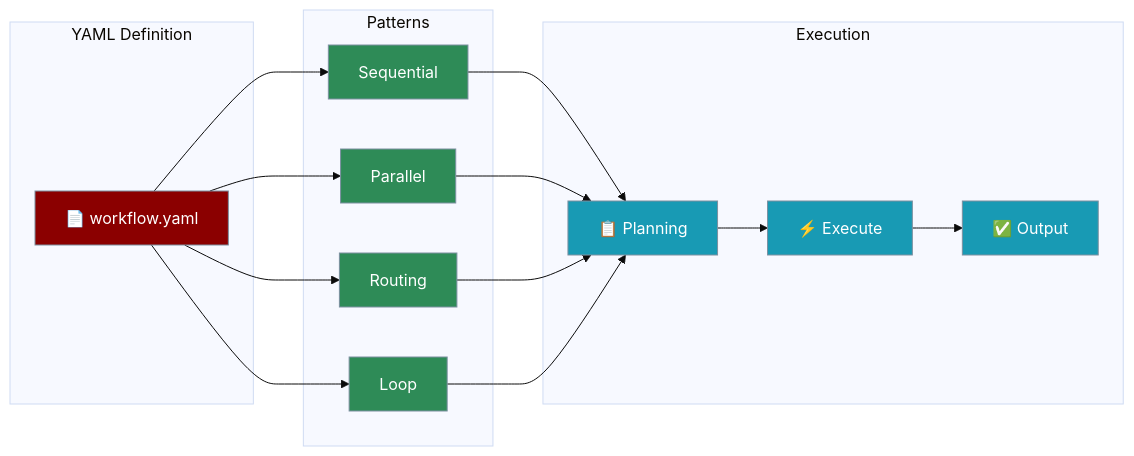
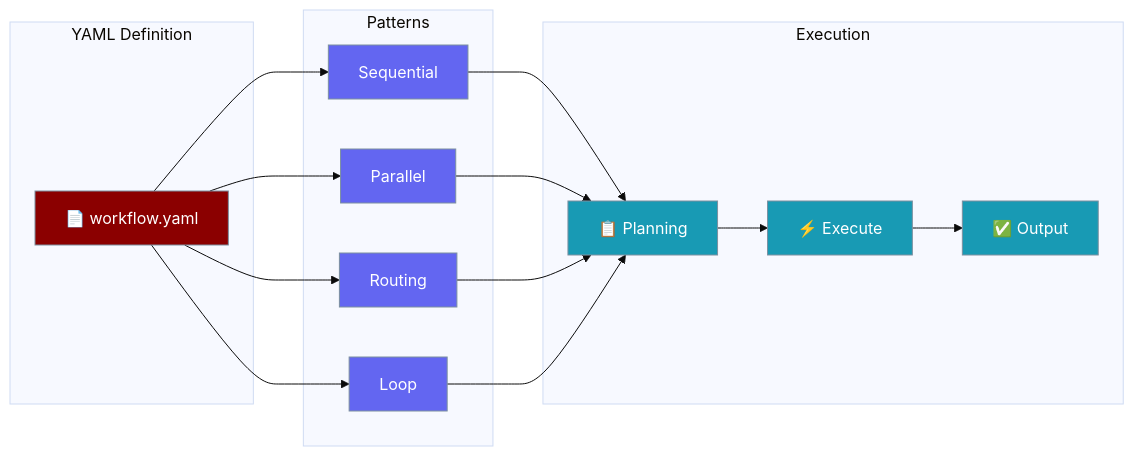
Before and after one commit to MervinPraison/PraisonAIDocs: the second of 3 diagrams in docs/features/yaml-workflows.mdx, drawn with Mermaid (base theme). The commit also changed 10 other files, not shown here.

First line of the commit message:
docs: normalise §3.1 Mermaid palette in features + tools (fixes #1556)

````diff
--- a/docs/features/yaml-workflows.mdx
+++ b/docs/features/yaml-workflows.mdx
@@ -33,38 +33,38 @@
 ```mermaid
 graph LR
     subgraph "YAML Definition"
         YAML["📄 workflow.yaml"]
     end
     
     subgraph "Patterns"
         SEQ["Sequential"]
         PAR["Parallel"]
         ROUTE["Routing"]
         LOOP["Loop"]
     end
     
     subgraph "Execution"
         PLAN["📋 Planning"]
         EXEC["⚡ Execute"]
         OUT["✅ Output"]
     end
     
     YAML --> SEQ
     YAML --> PAR
     YAML --> ROUTE
     YAML --> LOOP
     SEQ --> PLAN
     PAR --> PLAN
     ROUTE --> PLAN
     LOOP --> PLAN
     PLAN --> EXEC
     EXEC --> OUT
     
     classDef yaml fill:#8B0000,stroke:#7C90A0,color:#fff
-    classDef pattern fill:#2E8B57,stroke:#7C90A0,color:#fff
+    classDef pattern fill:#6366F1,stroke:#7C90A0,color:#fff
     classDef exec fill:#189AB4,stroke:#7C90A0,color:#fff
     
     class YAML yaml
     class SEQ,PAR,ROUTE,LOOP pattern
     class PLAN,EXEC,OUT exec
 ```
````
